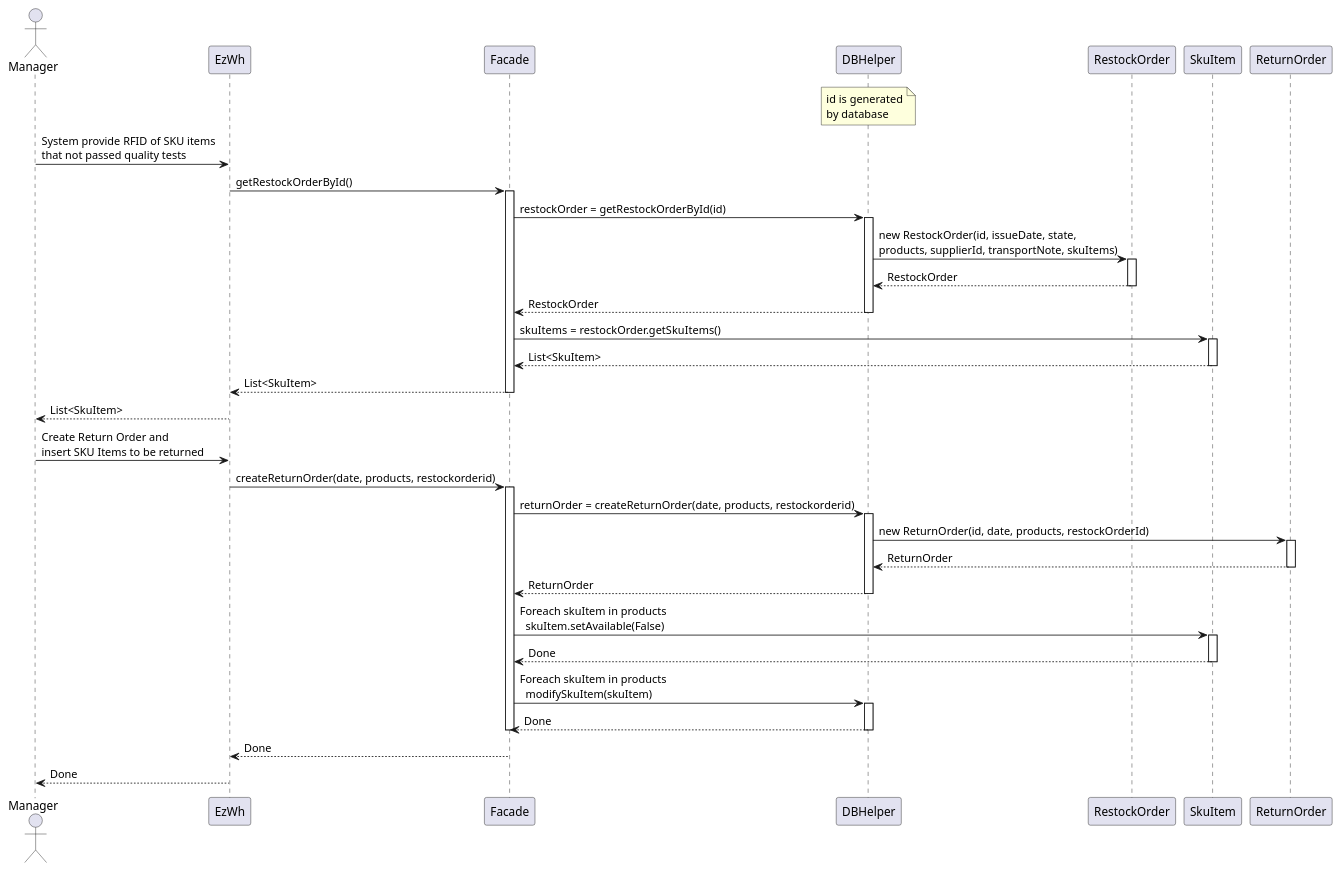
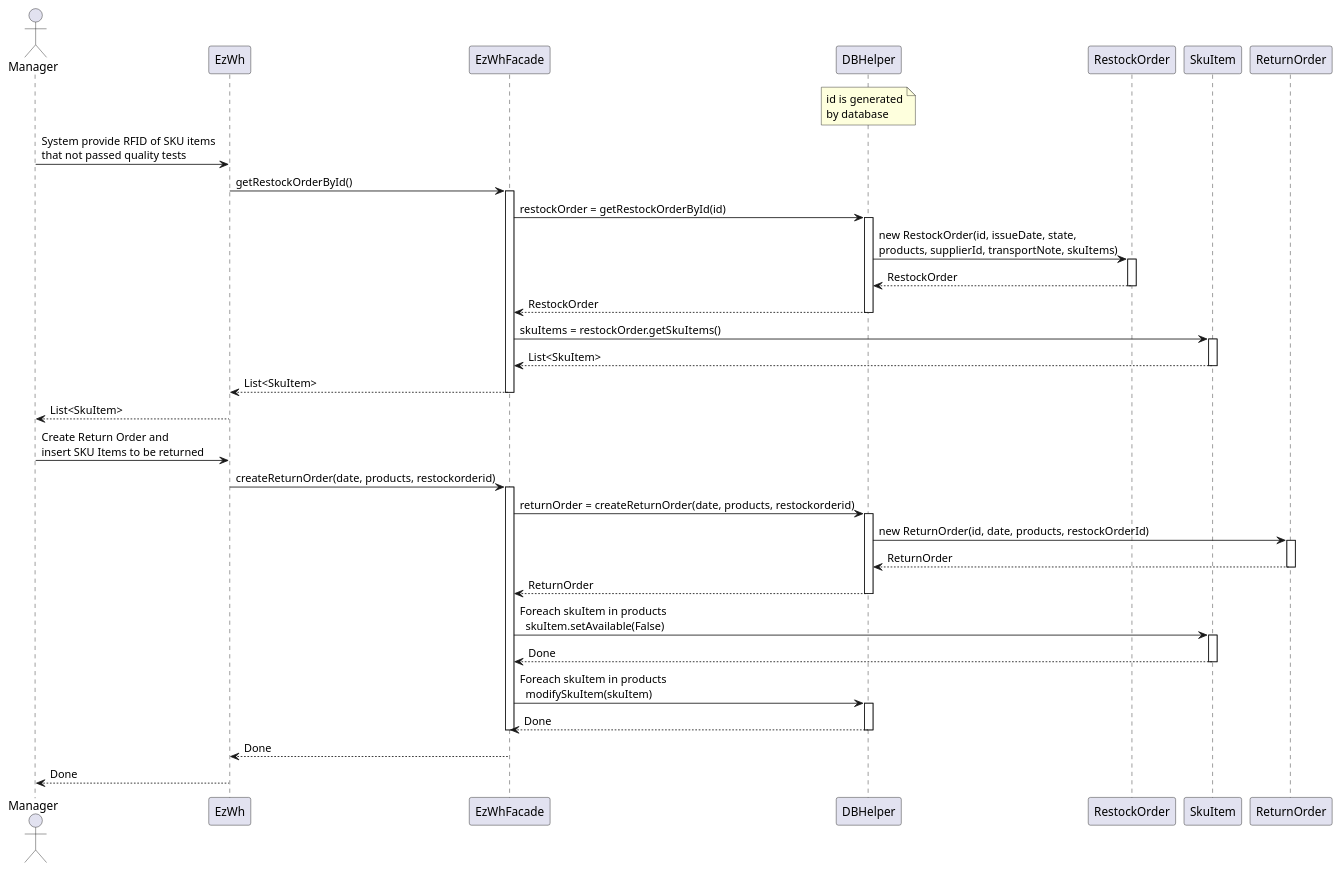
Before and after one commit to giuseppe-dandrea/EzWh: the eighth of 12 diagrams in DesignDocument.md, drawn with PlantUML. The commit also changed other lines of this file and 1 other file, not shown here.

Commit message:
Added low_level_design_diagram.svg. Changed some terms for consistency.

````diff
--- a/DesignDocument.md
+++ b/DesignDocument.md
@@ -715,53 +719,53 @@
 ```plantuml
 actor Manager
 participant EzWh
-participant Facade
+participant EzWhFacade
 participant DBHelper
 note over DBHelper: id is generated\nby database
 participant RestockOrder
 participant SkuItem
 participant ReturnOrder
 
 
 Manager -> EzWh: System provide RFID of SKU items\nthat not passed quality tests
-EzWh -> Facade: getRestockOrderById()
-activate Facade
-Facade -> DBHelper: restockOrder = getRestockOrderById(id)
+EzWh -> EzWhFacade: getRestockOrderById()
+activate EzWhFacade
+EzWhFacade -> DBHelper: restockOrder = getRestockOrderById(id)
 activate DBHelper
 DBHelper -> RestockOrder: new RestockOrder(id, issueDate, state,\nproducts, supplierId, transportNote, skuItems)
 activate RestockOrder
 RestockOrder --> DBHelper: RestockOrder
 Deactivate RestockOrder
-DBHelper --> Facade: RestockOrder
+DBHelper --> EzWhFacade: RestockOrder
 deactivate DBHelper
-Facade -> SkuItem: skuItems = restockOrder.getSkuItems()
+EzWhFacade -> SkuItem: skuItems = restockOrder.getSkuItems()
 activate SkuItem
-SkuItem --> Facade: List<SkuItem>
+SkuItem --> EzWhFacade: List<SkuItem>
 deactivate SkuItem
-Facade --> EzWh: List<SkuItem>
-deactivate Facade
+EzWhFacade --> EzWh: List<SkuItem>
+deactivate EzWhFacade
 EzWh --> Manager: List<SkuItem>
 
 Manager -> EzWh: Create Return Order and\ninsert SKU Items to be returned
-EzWh -> Facade: createReturnOrder(date, products, restockorderid)
-activate Facade
-Facade -> DBHelper: returnOrder = createReturnOrder(date, products, restockorderid)
+EzWh -> EzWhFacade: createReturnOrder(date, products, restockorderid)
+activate EzWhFacade
+EzWhFacade -> DBHelper: returnOrder = createReturnOrder(date, products, restockorderid)
 activate DBHelper
 DBHelper -> ReturnOrder: new ReturnOrder(id, date, products, restockOrderId)
 activate ReturnOrder
 ReturnOrder --> DBHelper: ReturnOrder
 Deactivate ReturnOrder
-DBHelper --> Facade: ReturnOrder
+DBHelper --> EzWhFacade: ReturnOrder
 deactivate DBHelper
-Facade -> SkuItem: Foreach skuItem in products\n  skuItem.setAvailable(False)
+EzWhFacade -> SkuItem: Foreach skuItem in products\n  skuItem.setAvailable(False)
 activate SkuItem
-SkuItem --> Facade: Done
+SkuItem --> EzWhFacade: Done
 Deactivate SkuItem
-Facade -> DBHelper: Foreach skuItem in products\n  modifySkuItem(skuItem)
+EzWhFacade -> DBHelper: Foreach skuItem in products\n  modifySkuItem(skuItem)
 activate DBHelper
-DBHelper --> Facade: Done
+DBHelper --> EzWhFacade: Done
 Deactivate DBHelper
-deactivate Facade
-Facade --> EzWh: Done
+deactivate EzWhFacade
+EzWhFacade --> EzWh: Done
 EzWh --> Manager: Done
 ```
````
